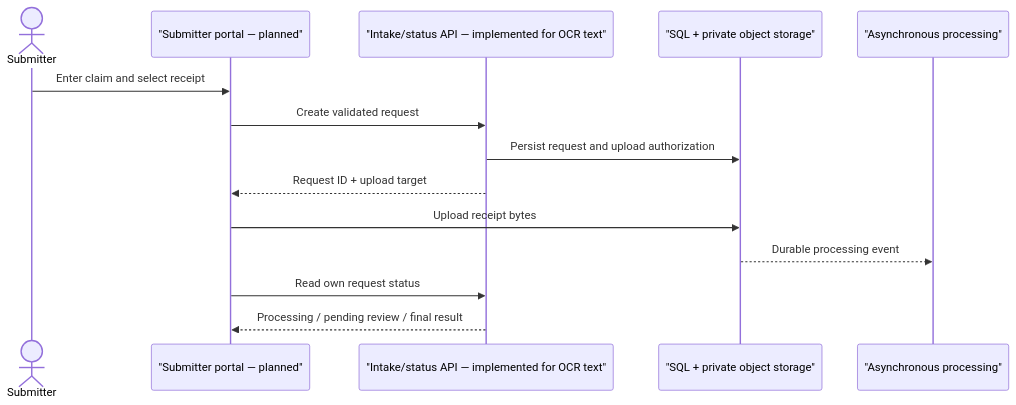
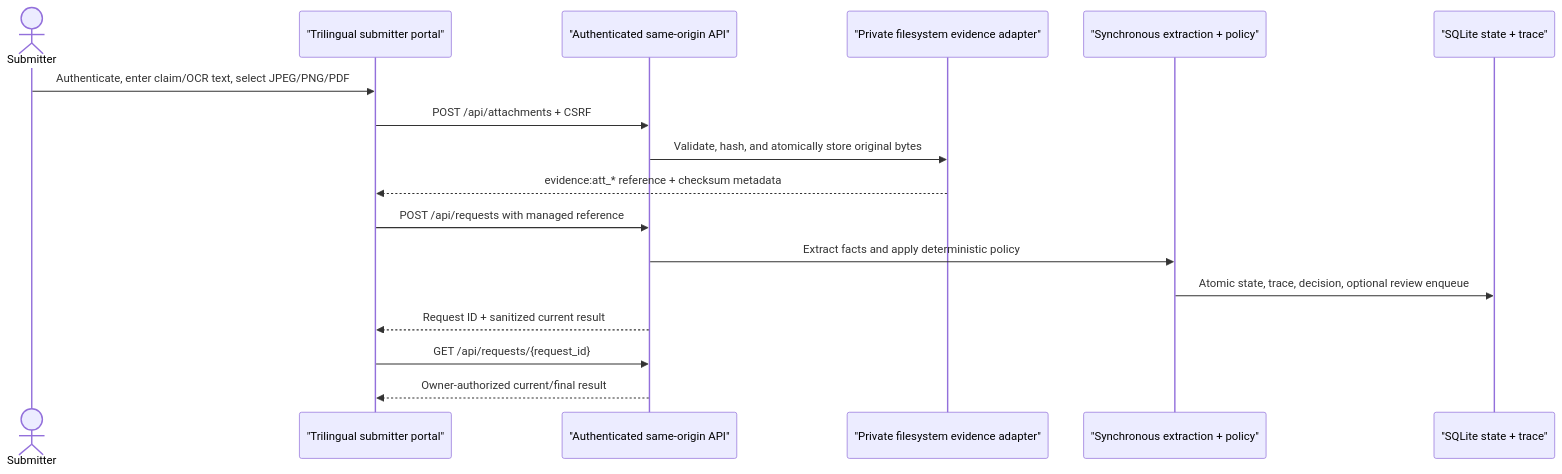
The fourth of 4 diagrams in docs/ux-and-localization.md (Dev-Luigy/automation_luigygabriel), drawn with Mermaid before and after one commit. The commit also changed other lines of this file and 10 other files, not shown here.

Commit message:
docs: align architecture and traceability model

````diff
--- a/docs/ux-and-localization.md
+++ b/docs/ux-and-localization.md
@@ -240,17 +261,20 @@
 ```mermaid
 sequenceDiagram
     actor Submitter
-    participant Portal as "Submitter portal — planned"
-    participant API as "Intake/status API — implemented for OCR text"
-    participant Store as "SQL + private object storage"
-    participant Pipeline as "Asynchronous processing"
+    participant Portal as "Trilingual submitter portal"
+    participant API as "Authenticated same-origin API"
+    participant Evidence as "Private filesystem evidence adapter"
+    participant Pipeline as "Synchronous extraction + policy"
+    participant SQL as "SQLite state + trace"
 
-    Submitter->>Portal: Enter claim and select receipt
-    Portal->>API: Create validated request
-    API->>Store: Persist request and upload authorization
-    API-->>Portal: Request ID + upload target
-    Portal->>Store: Upload receipt bytes
-    Store-->>Pipeline: Durable processing event
-    Portal->>API: Read own request status
-    API-->>Portal: Processing / pending review / final result
+    Submitter->>Portal: Authenticate, enter claim/OCR text, select JPEG/PNG/PDF
+    Portal->>API: POST /api/attachments + CSRF
+    API->>Evidence: Validate, hash, and atomically store original bytes
+    Evidence-->>Portal: evidence:att_* reference + checksum metadata
+    Portal->>API: POST /api/requests with managed reference
+    API->>Pipeline: Extract facts and apply deterministic policy
+    Pipeline->>SQL: Atomic state, trace, decision, optional review enqueue
+    API-->>Portal: Request ID + sanitized current result
+    Portal->>API: GET /api/requests/{request_id}
+    API-->>Portal: Owner-authorized current/final result
 ```
````
